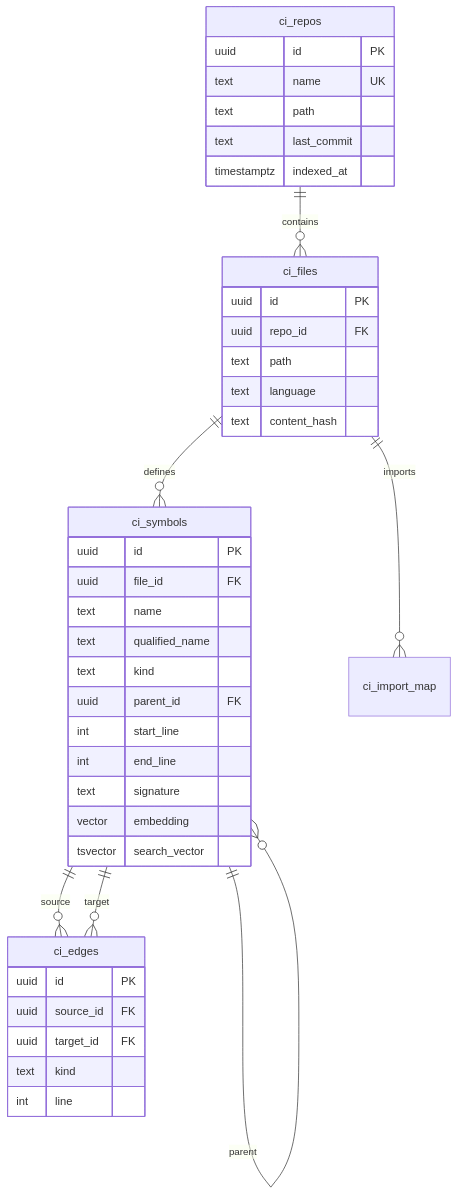
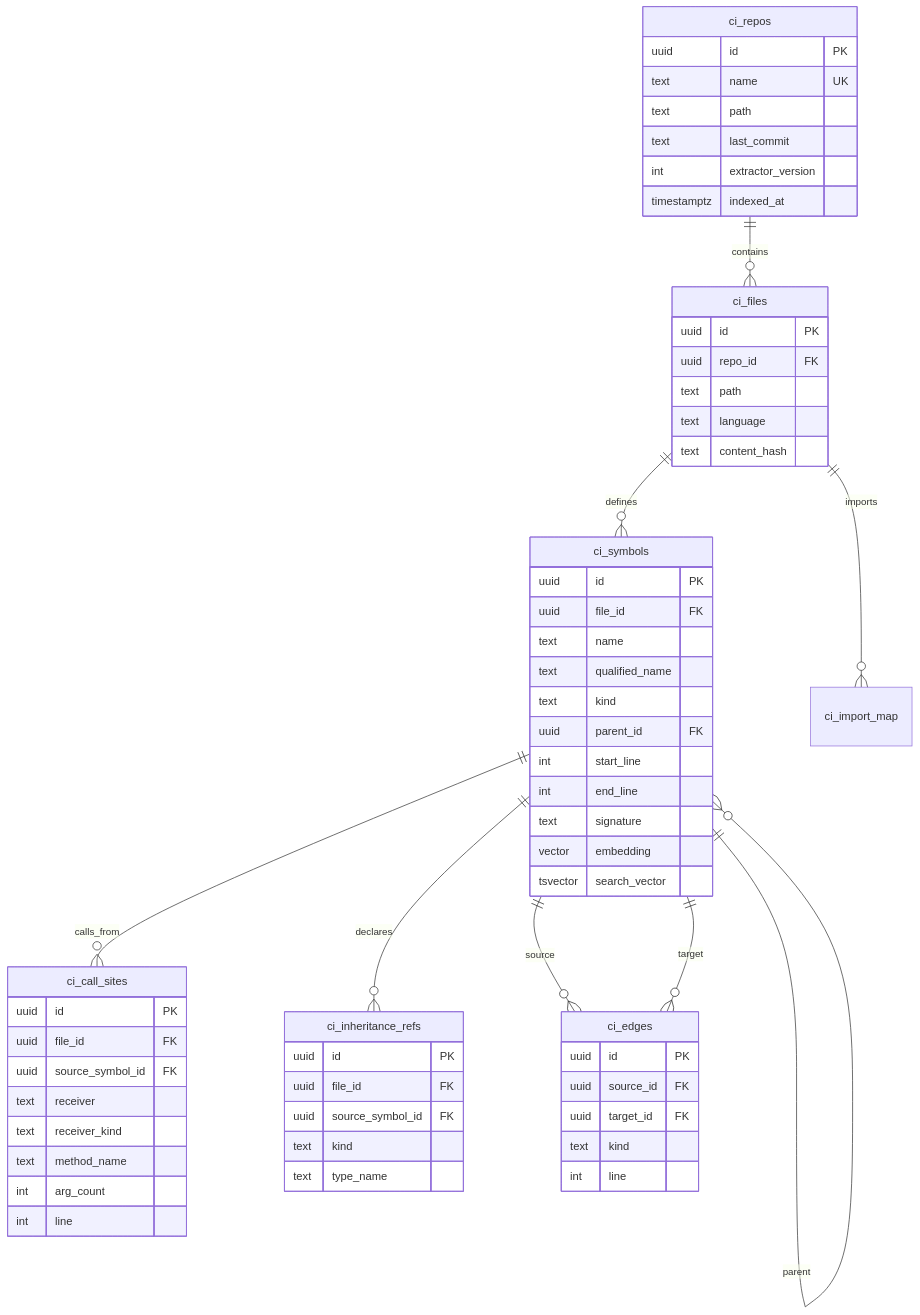
Before and after one commit to RuneLind/yggdrasil: the third of 4 diagrams in README.md, drawn with Mermaid. The commit also changed other lines of this file and 9 other files, not shown here.

First line of the commit message:
Rebuild call and inheritance edges repo-wide; gate extractor version

````diff
--- a/README.md
+++ b/README.md
@@ -75,47 +76,69 @@
 ```mermaid
 erDiagram
     ci_repos ||--o{ ci_files : contains
     ci_files ||--o{ ci_symbols : defines
     ci_files ||--o{ ci_import_map : imports
+    ci_symbols ||--o{ ci_call_sites : calls_from
+    ci_symbols ||--o{ ci_inheritance_refs : declares
     ci_symbols ||--o{ ci_symbols : parent
     ci_symbols ||--o{ ci_edges : source
     ci_symbols ||--o{ ci_edges : target
 
     ci_repos {
         uuid id PK
         text name UK
         text path
         text last_commit
+        int extractor_version
         timestamptz indexed_at
     }
 
     ci_files {
         uuid id PK
         uuid repo_id FK
         text path
         text language
         text content_hash
     }
 
     ci_symbols {
         uuid id PK
         uuid file_id FK
         text name
         text qualified_name
         text kind
         uuid parent_id FK
         int start_line
         int end_line
         text signature
         vector embedding
         tsvector search_vector
     }
 
     ci_edges {
         uuid id PK
         uuid source_id FK
         uuid target_id FK
         text kind
         int line
     }
+
+    ci_call_sites {
+        uuid id PK
+        uuid file_id FK
+        uuid source_symbol_id FK
+        text receiver
+        text receiver_kind
+        text method_name
+        int arg_count
+        int line
+    }
+
+    ci_inheritance_refs {
+        uuid id PK
+        uuid file_id FK
+        uuid source_symbol_id FK
+        text kind
+        text type_name
+    }
 ```
````
